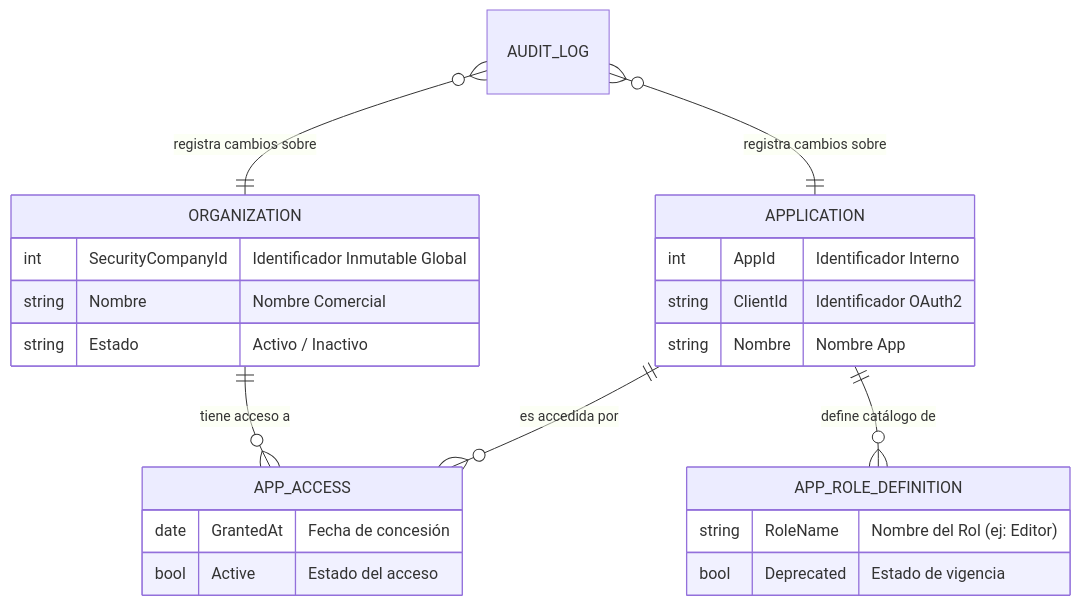
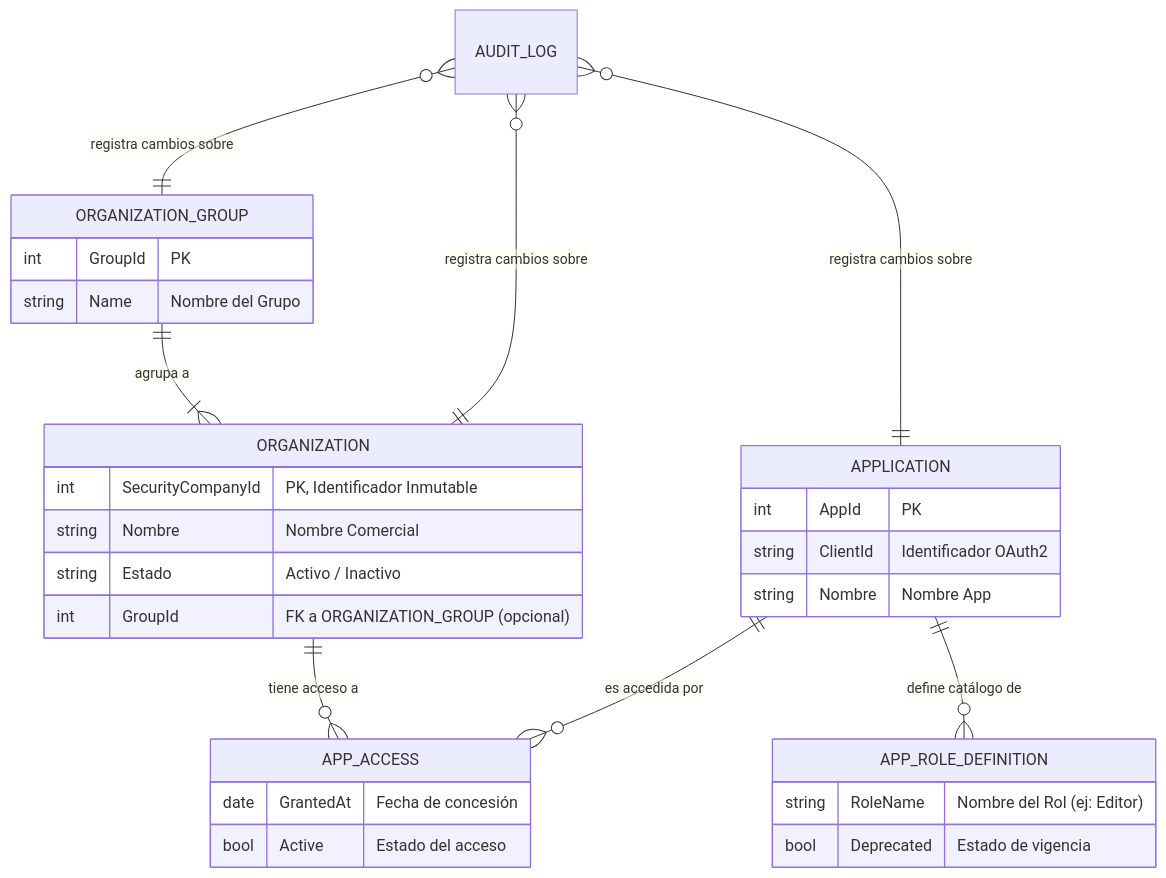
The fifth of 6 diagrams in 01-Descripción general del Producto.md (malbert-infoport/AI4Devs), drawn with Mermaid before and after one commit. The commit also changed other lines of this file and 1 other file, not shown here.

````diff
--- a/01-Descripción general del Producto.md
+++ b/01-Descripción general del Producto.md
@@ -267,30 +246,39 @@
 ```mermaid
 erDiagram
+    ORGANIZATION_GROUP ||--|{ ORGANIZATION : "agrupa a"
     ORGANIZATION ||--o{ APP_ACCESS : "tiene acceso a"
+    
+    ORGANIZATION_GROUP {
+        int GroupId "PK"
+        string Name "Nombre del Grupo"
+    }
+
     ORGANIZATION {
-        int SecurityCompanyId "Identificador Inmutable Global"
+        int SecurityCompanyId "PK, Identificador Inmutable"
         string Nombre "Nombre Comercial"
         string Estado "Activo / Inactivo"
+        int GroupId "FK a ORGANIZATION_GROUP (opcional)"
     }
     
     APPLICATION ||--o{ APP_ACCESS : "es accedida por"
     APPLICATION ||--o{ APP_ROLE_DEFINITION : "define catálogo de"
     APPLICATION {
-        int AppId "Identificador Interno"
+        int AppId "PK"
         string ClientId "Identificador OAuth2"
         string Nombre "Nombre App"
     }
     
     APP_ROLE_DEFINITION {
         string RoleName "Nombre del Rol (ej: Editor)"
         bool Deprecated "Estado de vigencia"
     }
     
     APP_ACCESS {
         date GrantedAt "Fecha de concesión"
         bool Active "Estado del acceso"
     }
     
     AUDIT_LOG }o--|| ORGANIZATION : "registra cambios sobre"
     AUDIT_LOG }o--|| APPLICATION : "registra cambios sobre"
+    AUDIT_LOG }o--|| ORGANIZATION_GROUP : "registra cambios sobre"
 ```
````
